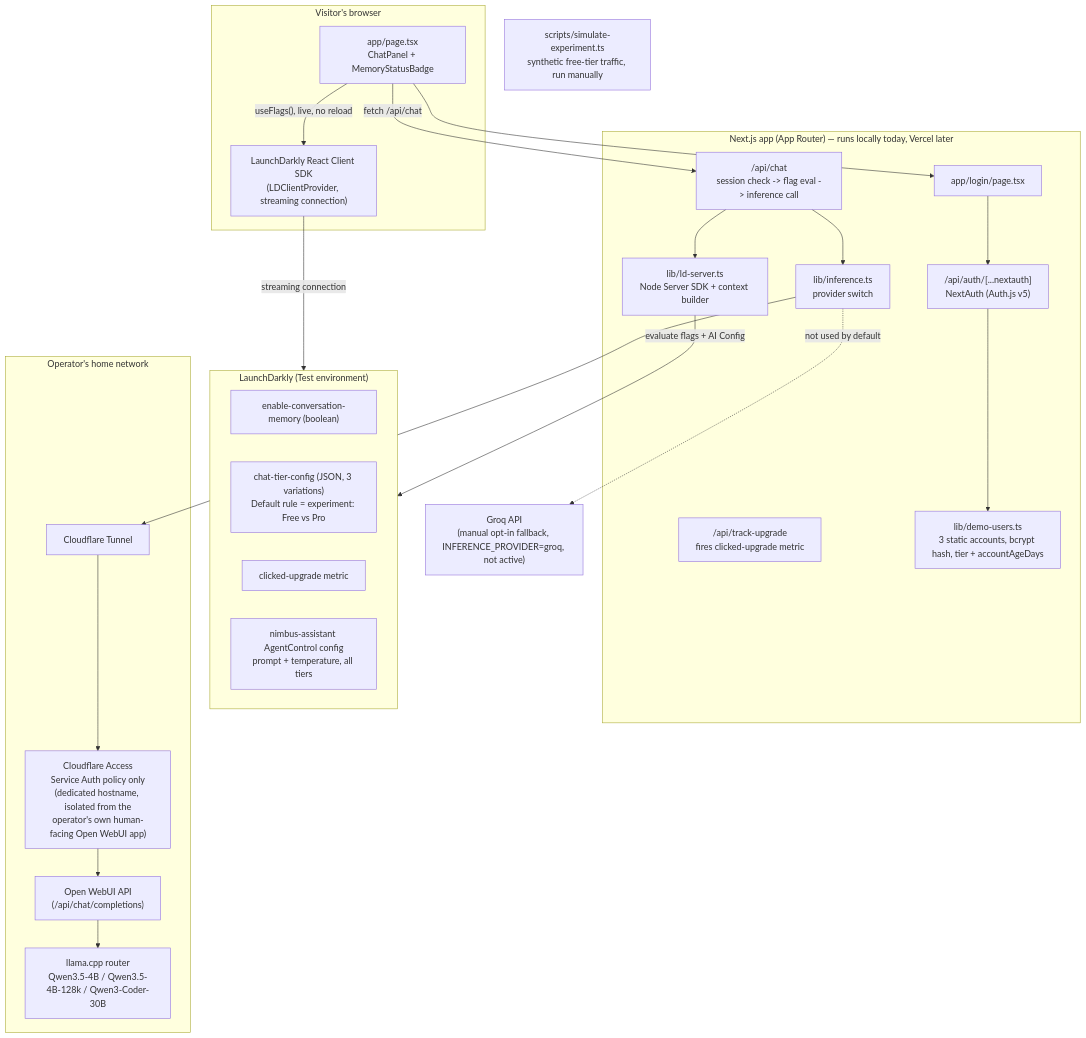
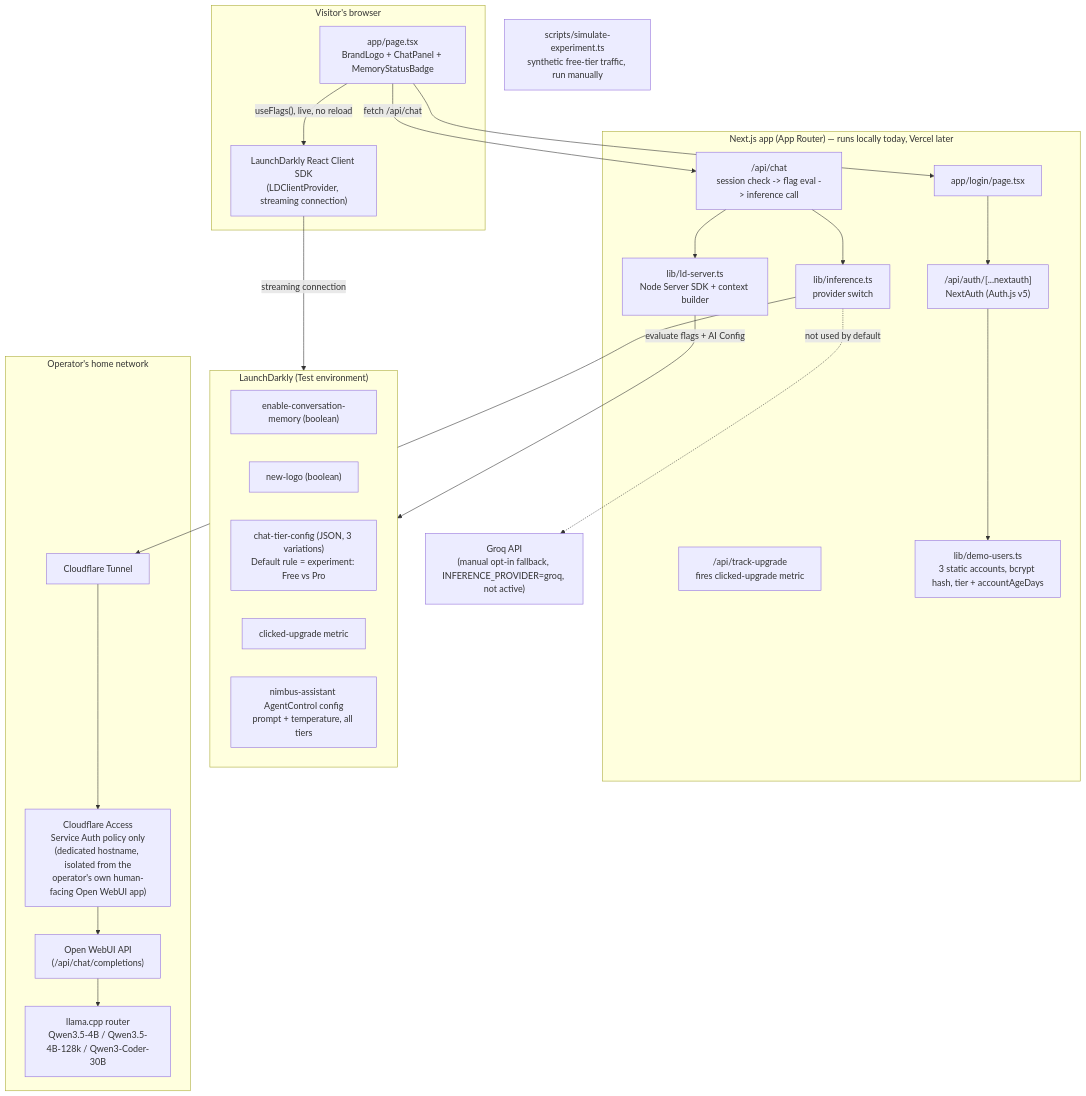
Before and after one commit to hiddenintel-rc/nimbus-ai-sample: the diagram in docs/ARCHITECTURE.md, drawn with Mermaid. The commit also changed other lines of this file and 3 other files, not shown here.

First line of the commit message:
Gate the new logo behind a flag, update docs to match

````diff
--- a/docs/ARCHITECTURE.md
+++ b/docs/ARCHITECTURE.md
@@ -41,47 +41,48 @@
 ```mermaid
 flowchart TB
     subgraph Browser["Visitor's browser"]
-        UI["app/page.tsx<br/>ChatPanel + MemoryStatusBadge"]
+        UI["app/page.tsx<br/>BrandLogo + ChatPanel + MemoryStatusBadge"]
         ClientSDK["LaunchDarkly React Client SDK<br/>(LDClientProvider, streaming connection)"]
     end
 
     subgraph App["Next.js app (App Router) — runs locally today, Vercel later"]
         LoginPage["app/login/page.tsx"]
         AuthRoute["/api/auth/[...nextauth]<br/>NextAuth (Auth.js v5)"]
         ChatRoute["/api/chat<br/>session check -> flag eval -> inference call"]
         TrackRoute["/api/track-upgrade<br/>fires clicked-upgrade metric"]
         LDServerLib["lib/ld-server.ts<br/>Node Server SDK + context builder"]
         InferenceLib["lib/inference.ts<br/>provider switch"]
         DemoUsers["lib/demo-users.ts<br/>3 static accounts, bcrypt hash, tier + accountAgeDays"]
     end
 
     subgraph LD["LaunchDarkly (Test environment)"]
         FlagMem["enable-conversation-memory (boolean)"]
+        FlagLogo["new-logo (boolean)"]
         FlagTier["chat-tier-config (JSON, 3 variations)<br/>Default rule = experiment: Free vs Pro"]
         Metric["clicked-upgrade metric"]
         AiConfig["nimbus-assistant AgentControl config<br/>prompt + temperature, all tiers"]
     end
 
     Simulator["scripts/simulate-experiment.ts<br/>synthetic free-tier traffic, run manually"]
 
     subgraph Home["Operator's home network"]
         Tunnel["Cloudflare Tunnel"]
         Access["Cloudflare Access<br/>Service Auth policy only<br/>(dedicated hostname, isolated from the<br/>operator's own human-facing Open WebUI app)"]
         OWUI["Open WebUI API<br/>(/api/chat/completions)"]
         Llama["llama.cpp router<br/>Qwen3.5-4B / Qwen3.5-4B-128k / Qwen3-Coder-30B"]
     end
 
     Groq["Groq API<br/>(manual opt-in fallback, INFERENCE_PROVIDER=groq, not active)"]
 
     UI -->|"useFlags(), live, no reload"| ClientSDK
     ClientSDK -->|"streaming connection"| LD
     UI --> LoginPage
     UI -->|"fetch /api/chat"| ChatRoute
     LoginPage --> AuthRoute
     ChatRoute --> LDServerLib
     LDServerLib -->|"evaluate flags + AI Config"| LD
     ChatRoute --> InferenceLib
     AuthRoute --> DemoUsers
     InferenceLib --> Tunnel --> Access --> OWUI --> Llama
     InferenceLib -.->|"not used by default"| Groq
 ```
````
